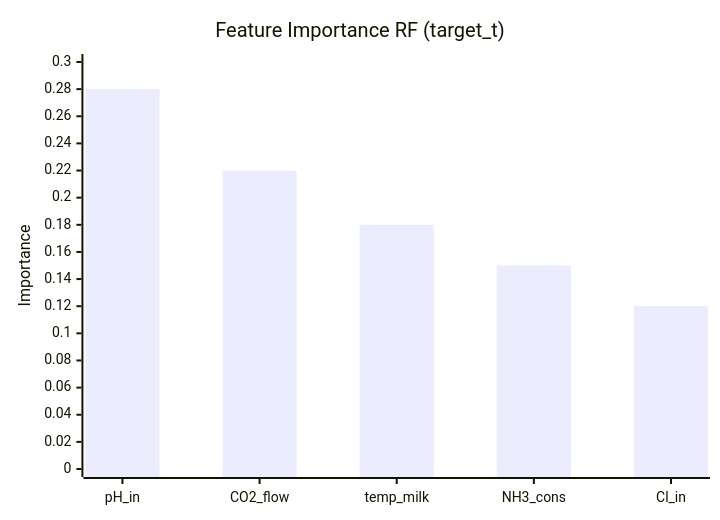
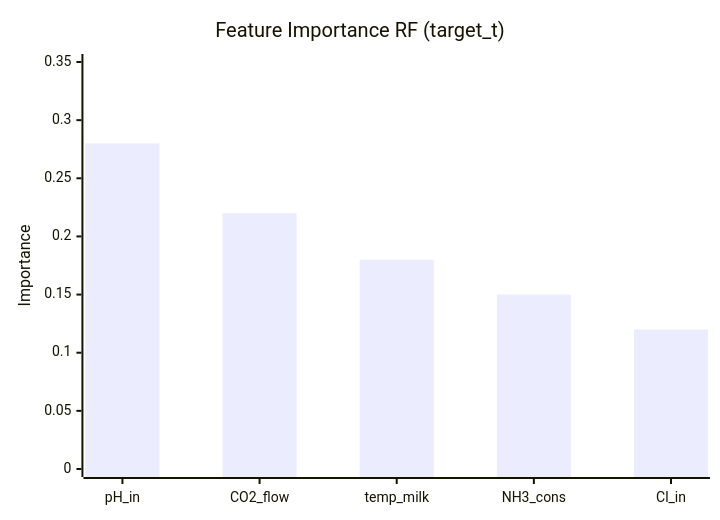
Before and after one commit to Misha-42/soda-ml-carbonation-control: the sixth of 7 diagrams in README.md, drawn with Mermaid. The commit also changed other lines of this file, not shown here.

````diff
--- a/README.md
+++ b/README.md
@@ -219,7 +174,7 @@
 ```mermaid
 xychart-beta
     title "Feature Importance RF (target_t)"
     x-axis ["pH_in", "CO2_flow", "temp_milk", "NH3_cons", "Cl_in"]
-    y-axis "Importance" 0 --> 0.3
+    y-axis "Importance" 0 --> 0.35
     bar [0.28, 0.22, 0.18, 0.15, 0.12]
 ```
````
